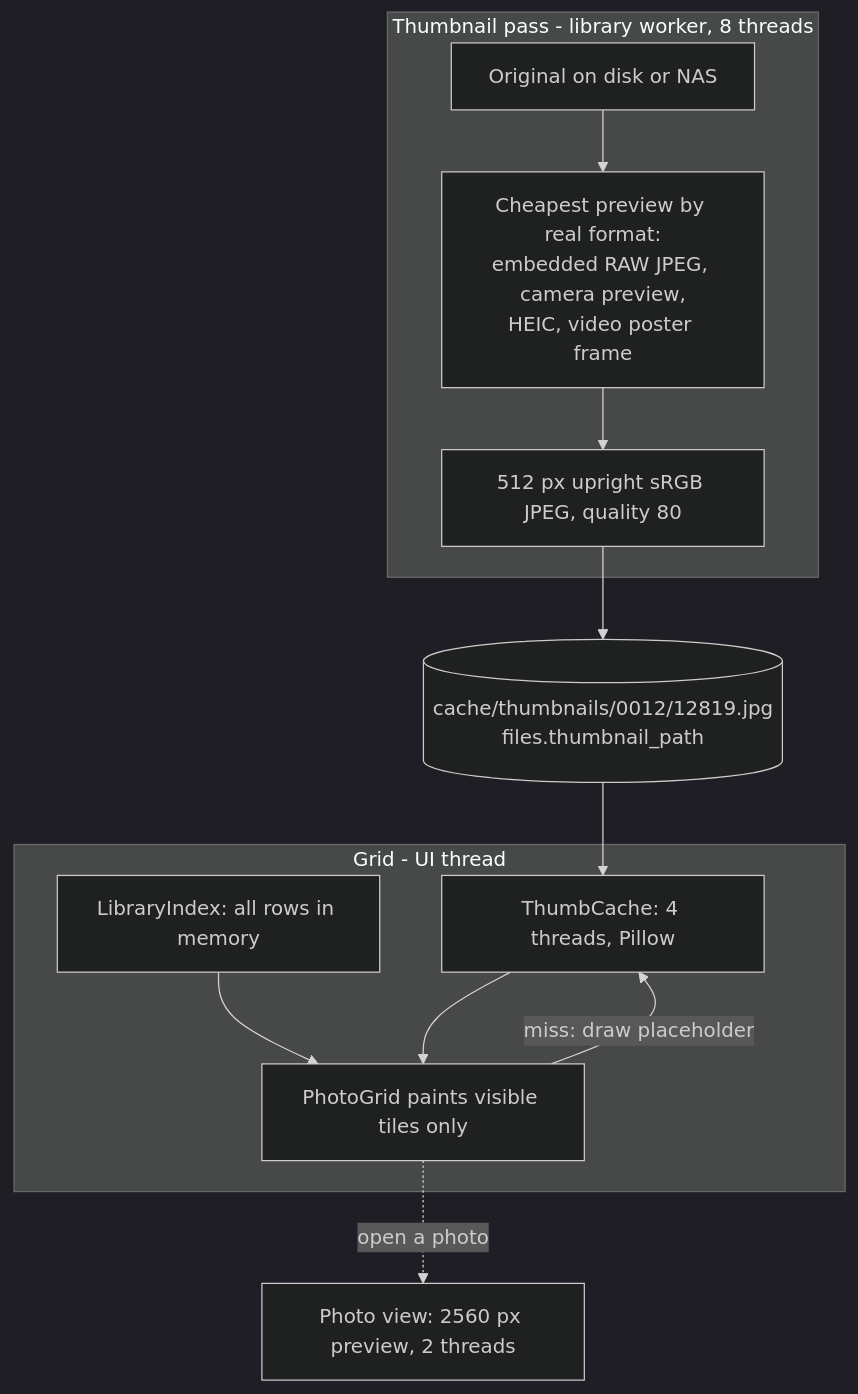
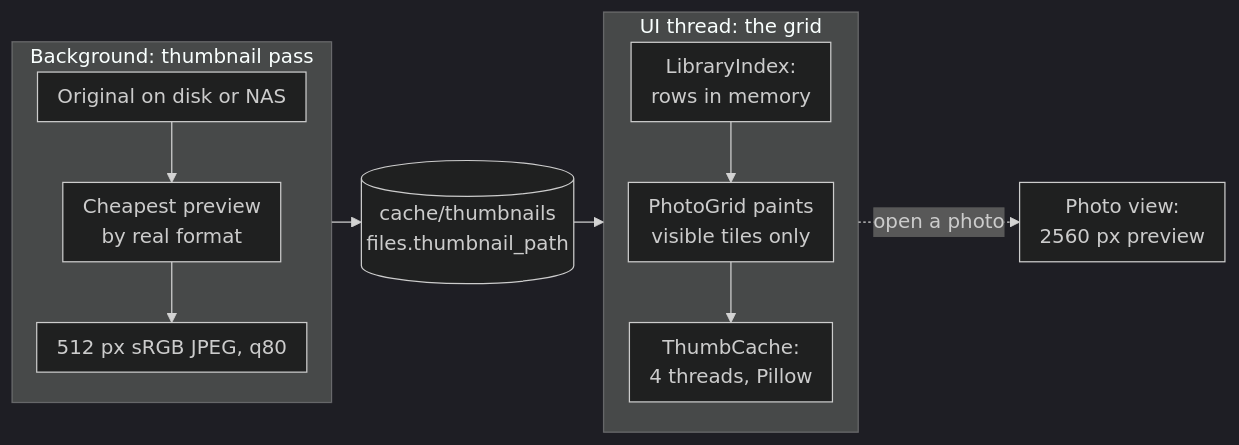
The fifth of 14 diagrams in docs/src/dataflow-lunelis.md (AxialForge/Lunelis), drawn with Mermaid (dark theme) before and after one commit. The commit also changed other lines of this file and 3 other files, not shown here.

Commit message:
Kit: keep table header and last rows with their neighbours, taller figures, diagram and table guidance in the style guide

````diff
--- a/docs/src/dataflow-lunelis.md
+++ b/docs/src/dataflow-lunelis.md
@@ -189,15 +159,15 @@
 ```mermaid Thumbnails are made once, in the background. The grid only ever loads the small cached JPEGs.
-flowchart TD
-  subgraph make["Thumbnail pass - library worker, 8 threads"]
-    o["Original on disk or NAS"] --> p["Cheapest preview by real format:<br/>embedded RAW JPEG, camera preview,<br/>HEIC, video poster frame"]
-    p --> j["512 px upright sRGB JPEG, quality 80"]
+%%{init: {"flowchart": {"rankSpacing": 24, "nodeSpacing": 20, "padding": 8}}}%%
+flowchart LR
+  subgraph c1["Background: thumbnail pass"]
+    direction TB
+    o["Original on disk or NAS"] --> p["Cheapest preview<br/>by real format"] --> j["512 px sRGB JPEG, q80"]
   end
-  j --> c[("cache/thumbnails/0012/12819.jpg<br/>files.thumbnail_path")]
-  subgraph show["Grid - UI thread"]
-    i["LibraryIndex: all rows in memory"] --> g["PhotoGrid paints visible tiles only"]
-    g -- "miss: draw placeholder" --> t["ThumbCache: 4 threads, Pillow"]
-    t --> g
+  c[("cache/thumbnails<br/>files.thumbnail_path")]
+  subgraph c2["UI thread: the grid"]
+    direction TB
+    i["LibraryIndex:<br/>rows in memory"] --> g["PhotoGrid paints<br/>visible tiles only"] --> t["ThumbCache:<br/>4 threads, Pillow"]
   end
-  c --> t
-  g -. "open a photo" .-> v["Photo view: 2560 px preview, 2 threads"]
+  c1 --> c --> c2
+  c2 -. "open a photo" .-> v["Photo view:<br/>2560 px preview"]
 ```
````
